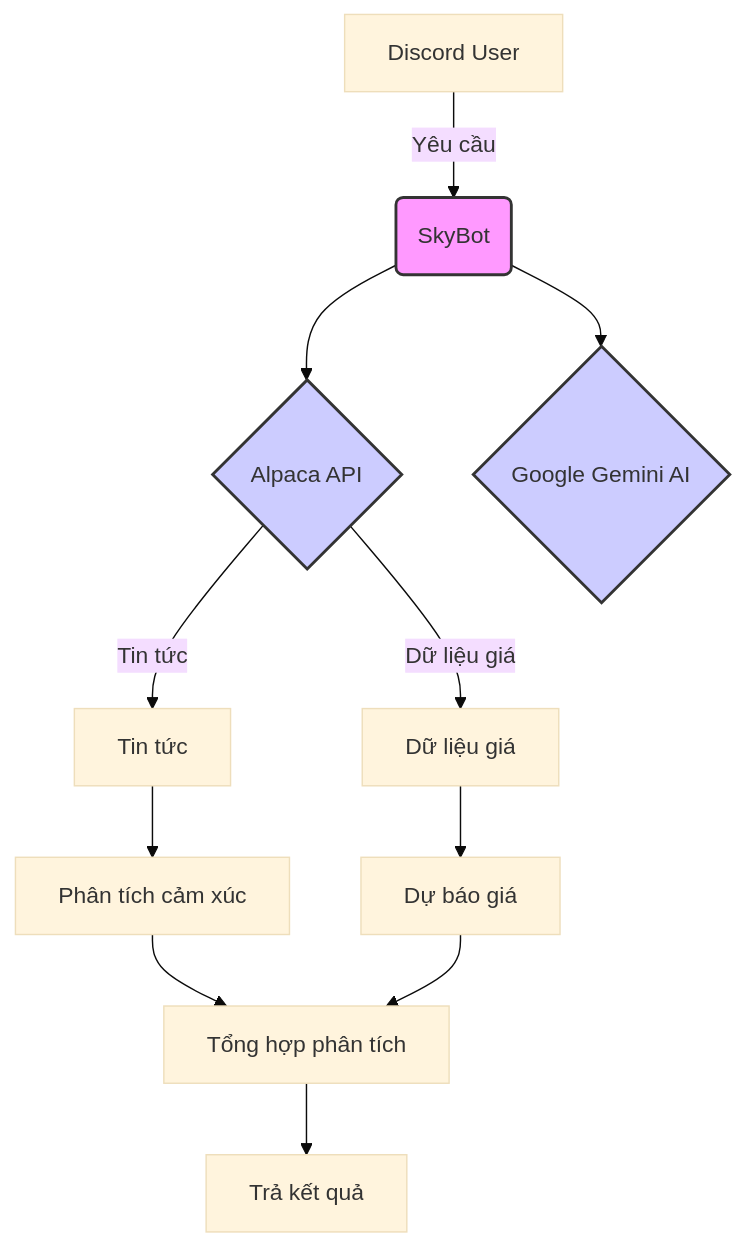
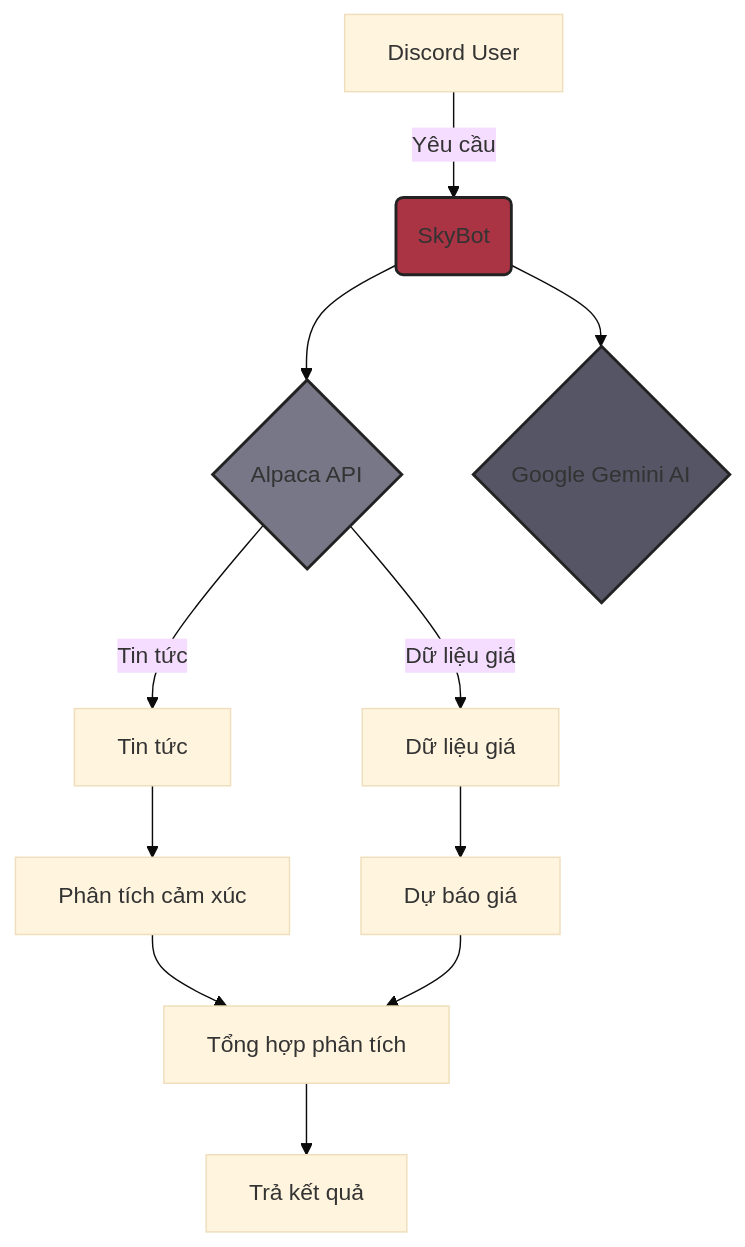
One commit to DanielNguyen-05/SkyBot changed the diagram in README.md. Above: the diagram before and after it, drawn with Mermaid (base theme). The commit also changed other lines of this file, not shown here.

````diff
--- a/README.md
+++ b/README.md
@@ -97,17 +96,18 @@
 ```mermaid
 graph TD
     A[Discord User] -->|Yêu cầu| B(SkyBot)
     B --> C{Alpaca API}
     B --> D{Google Gemini AI}
     C -->|Dữ liệu giá| E[Dữ liệu giá]
     C -->|Tin tức| F[Tin tức]
     F --> G[Phân tích cảm xúc]
     E --> H[Dự báo giá]
     G --> I[Tổng hợp phân tích]
     H --> I
     I --> J[Trả kết quả]
-    style B fill:#f9f,stroke:#333,stroke-width:2px
-    style C fill:#ccf,stroke:#333,stroke-width:2px
-    style D fill:#ccf,stroke:#333,stroke-width:2px
+    style B fill:#a34,stroke:#222,stroke-width:2px
+    style C fill:#778,stroke:#222,stroke-width:2px
+    style D fill:#556,stroke:#222,stroke-width:2px
+
 
 ```
````
